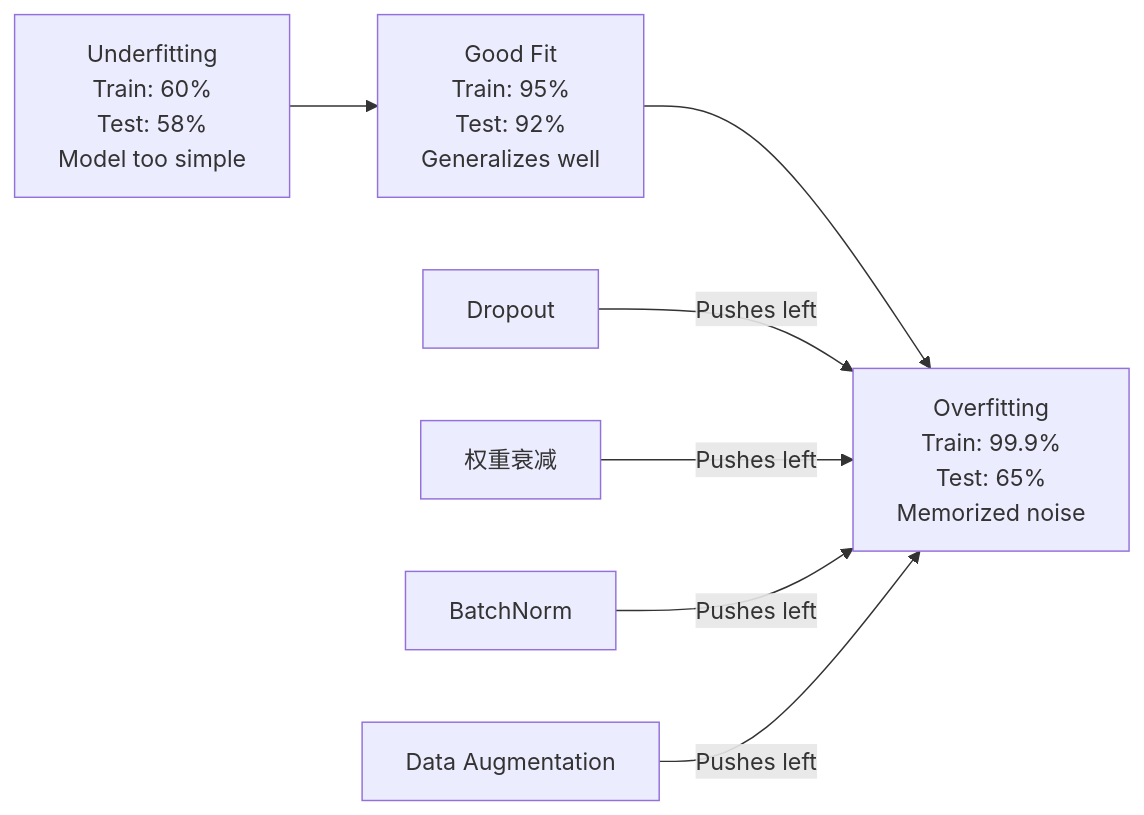
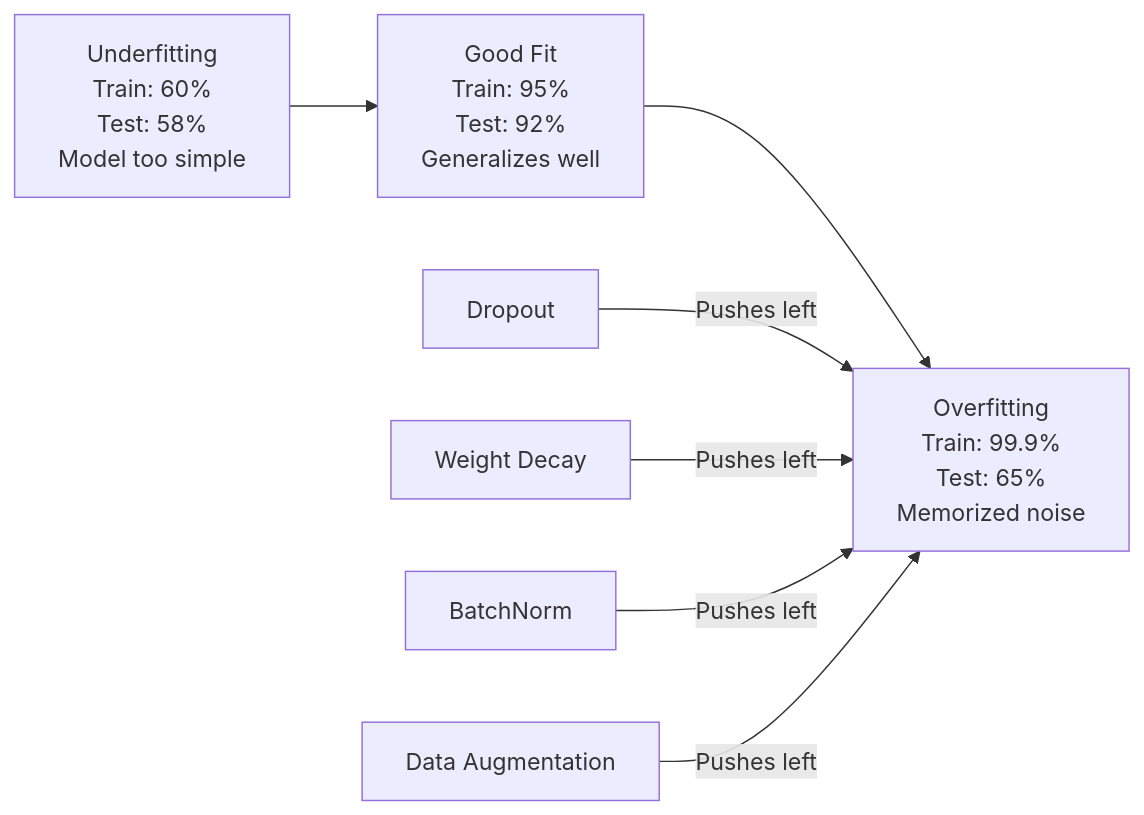
The first of 3 diagrams in phases/03-deep-learning-core/07-regularization/docs/zh.md (arwei944/ai-engineering-from-scratch), drawn with Mermaid before and after one commit. The commit also changed other lines of this file and 65 other files, not shown here.

````diff
--- a/phases/03-deep-learning-core/07-regularization/docs/zh.md
+++ b/phases/03-deep-learning-core/07-regularization/docs/zh.md
@@ -31,10 +31,10 @@
 ```mermaid
 graph LR
     Under["Underfitting<br/>Train: 60%<br/>Test: 58%<br/>Model too simple"] --> Good["Good Fit<br/>Train: 95%<br/>Test: 92%<br/>Generalizes well"]
     Good --> Over["Overfitting<br/>Train: 99.9%<br/>Test: 65%<br/>Memorized noise"]
 
     Dropout["Dropout"] -->|"Pushes left"| Over
-    WD["权重衰减"] -->|"Pushes left"| Over
+    WD["Weight Decay"] -->|"Pushes left"| Over
     BN["BatchNorm"] -->|"Pushes left"| Over
     Aug["Data Augmentation"] -->|"Pushes left"| Over
 ```
````
